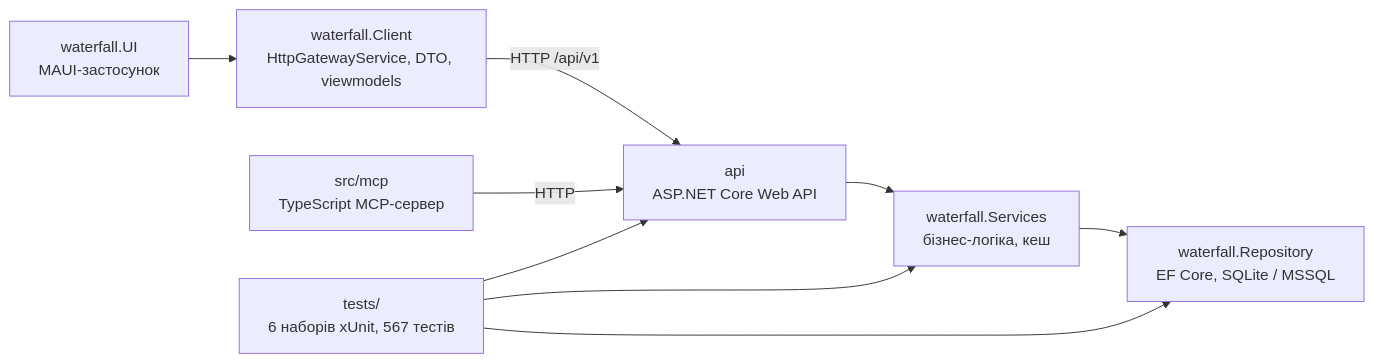
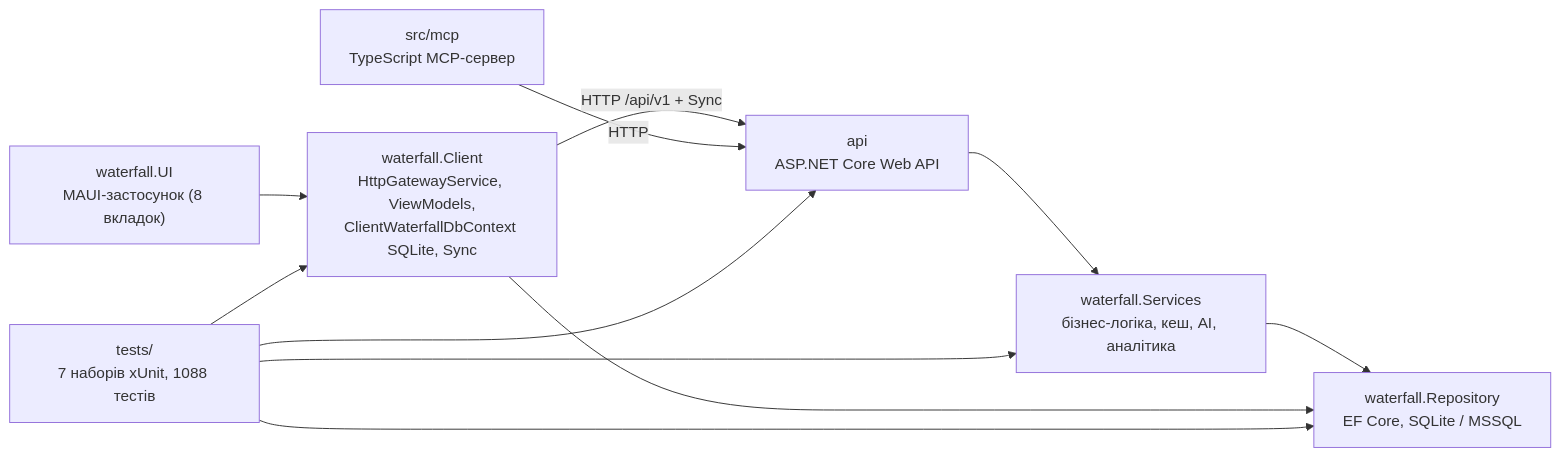
Before and after one commit to ukma-fin-ssdm-2026/waterfall: the diagram in docs/code-quality/progress.md, drawn with Mermaid. The commit also changed other lines of this file and 3 other files, not shown here.

````diff
--- a/docs/code-quality/progress.md
+++ b/docs/code-quality/progress.md
@@ -7,11 +7,13 @@
 ```mermaid
 graph LR
-  UI["waterfall.UI<br/>MAUI-застосунок"] --> Client["waterfall.Client<br/>HttpGatewayService, DTO, viewmodels"]
-  Client -- "HTTP /api/v1" --> Api["api<br/>ASP.NET Core Web API"]
-  Api --> Services["waterfall.Services<br/>бізнес-логіка, кеш"]
+  UI["waterfall.UI<br/>MAUI-застосунок (8 вкладок)"] --> Client["waterfall.Client<br/>HttpGatewayService, ViewModels,<br/>ClientWaterfallDbContext SQLite, Sync"]
+  Client -- "HTTP /api/v1 + Sync" --> Api["api<br/>ASP.NET Core Web API"]
+  Api --> Services["waterfall.Services<br/>бізнес-логіка, кеш, AI, аналітика"]
   Services --> Repo["waterfall.Repository<br/>EF Core, SQLite / MSSQL"]
+  Client --> Repo
   Mcp["src/mcp<br/>TypeScript MCP-сервер"] -- "HTTP" --> Api
-  Tests["tests/<br/>6 наборів xUnit, 567 тестів"] --> Api
+  Tests["tests/<br/>7 наборів xUnit, 1088 тестів"] --> Api
   Tests --> Services
   Tests --> Repo
+  Tests --> Client
 ```
````
